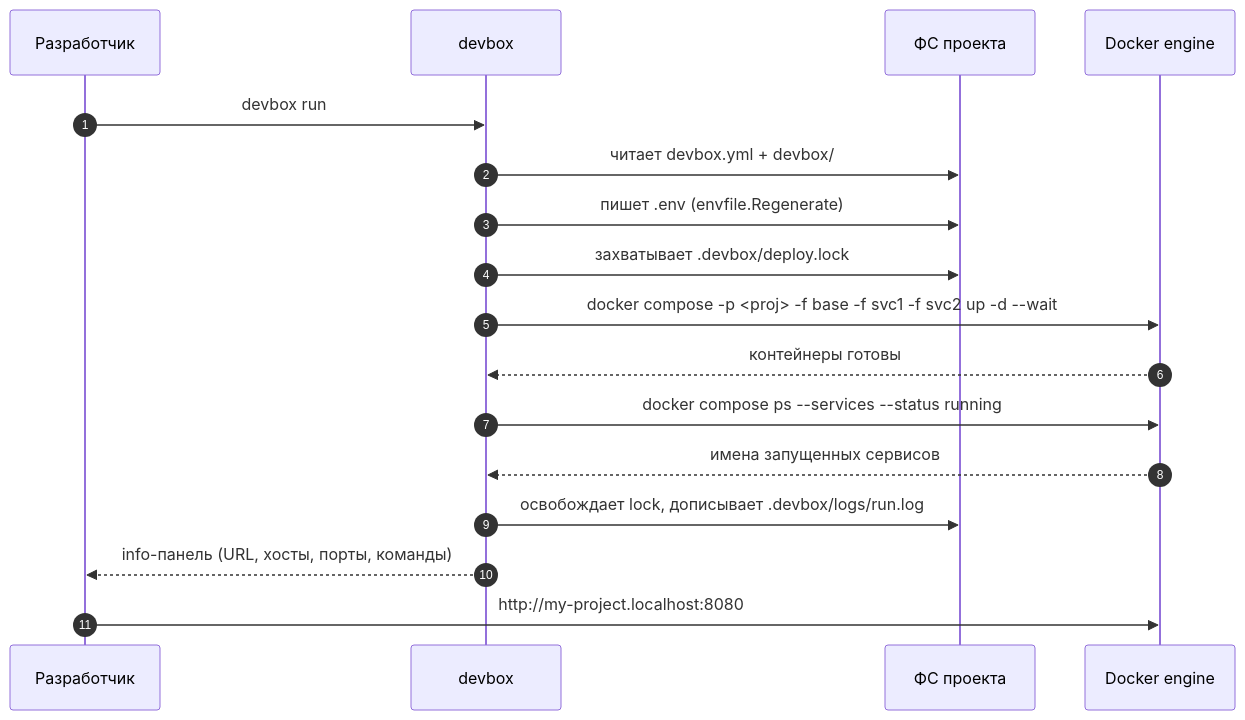
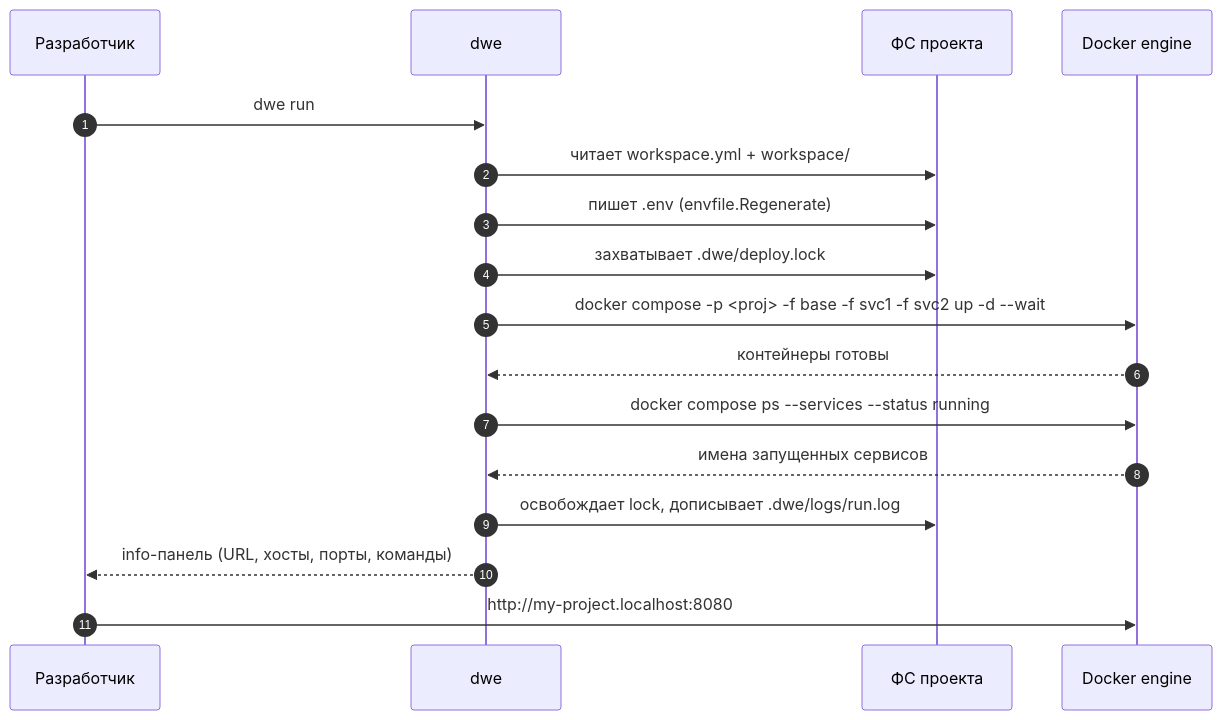
The second of 2 diagrams in docs/i18n/ru/reference/concepts/architecture.md (semsemyonoff/dwe), drawn with Mermaid before and after one commit. The commit also changed other lines of this file and 113 other files, not shown here.

First line of the commit message:
feat: Phase 4a+4b — update EN and RU docs for devbox→dwe rebrand

````diff
--- a/docs/i18n/ru/reference/concepts/architecture.md
+++ b/docs/i18n/ru/reference/concepts/architecture.md
@@ -75,20 +75,20 @@
 ```mermaid
 sequenceDiagram
   autonumber
   participant Dev as Разработчик
-  participant CLI as devbox
+  participant CLI as dwe
   participant FS as ФС проекта
   participant Engine as Docker engine
 
-  Dev->>CLI: devbox run
-  CLI->>FS: читает devbox.yml + devbox/
+  Dev->>CLI: dwe run
+  CLI->>FS: читает workspace.yml + workspace/
   CLI->>FS: пишет .env (envfile.Regenerate)
-  CLI->>FS: захватывает .devbox/deploy.lock
+  CLI->>FS: захватывает .dwe/deploy.lock
   CLI->>Engine: docker compose -p <proj> -f base -f svc1 -f svc2 up -d --wait
   Engine-->>CLI: контейнеры готовы
   CLI->>Engine: docker compose ps --services --status running
   Engine-->>CLI: имена запущенных сервисов
-  CLI->>FS: освобождает lock, дописывает .devbox/logs/run.log
+  CLI->>FS: освобождает lock, дописывает .dwe/logs/run.log
   CLI-->>Dev: info-панель (URL, хосты, порты, команды)
   Dev->>Engine: http://my-project.localhost:8080
 ```
````
